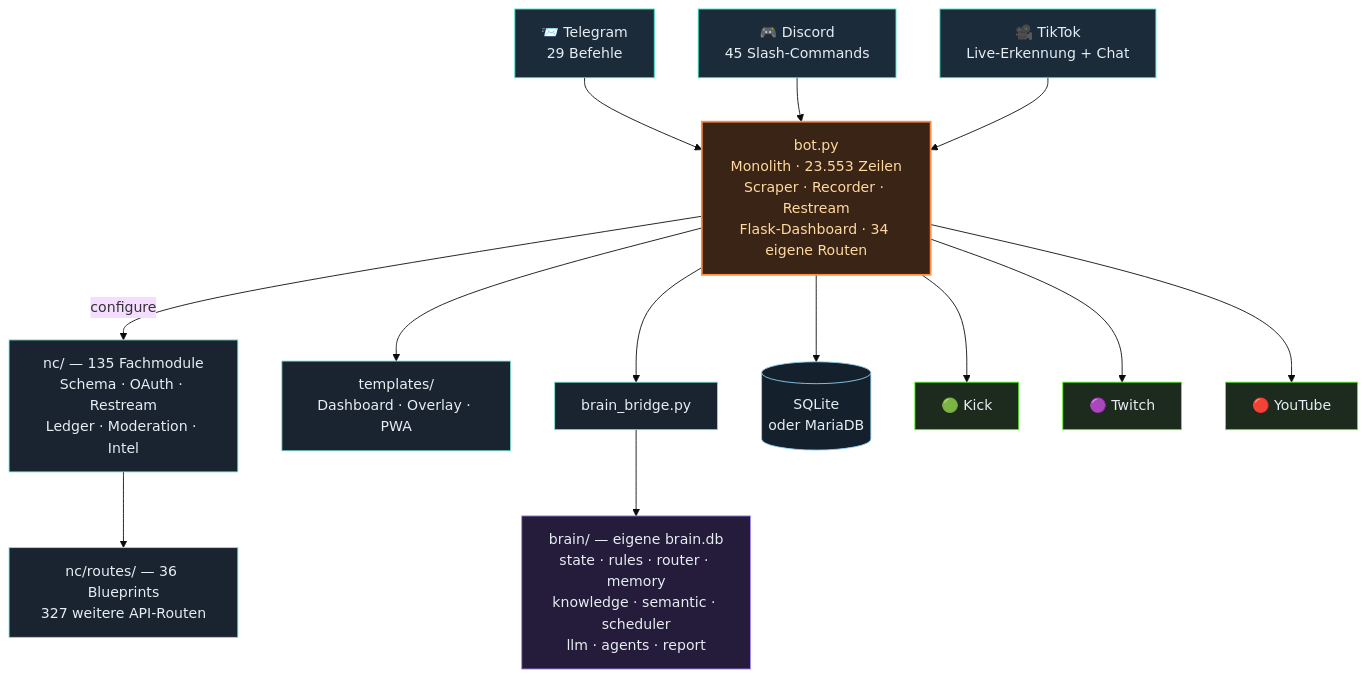
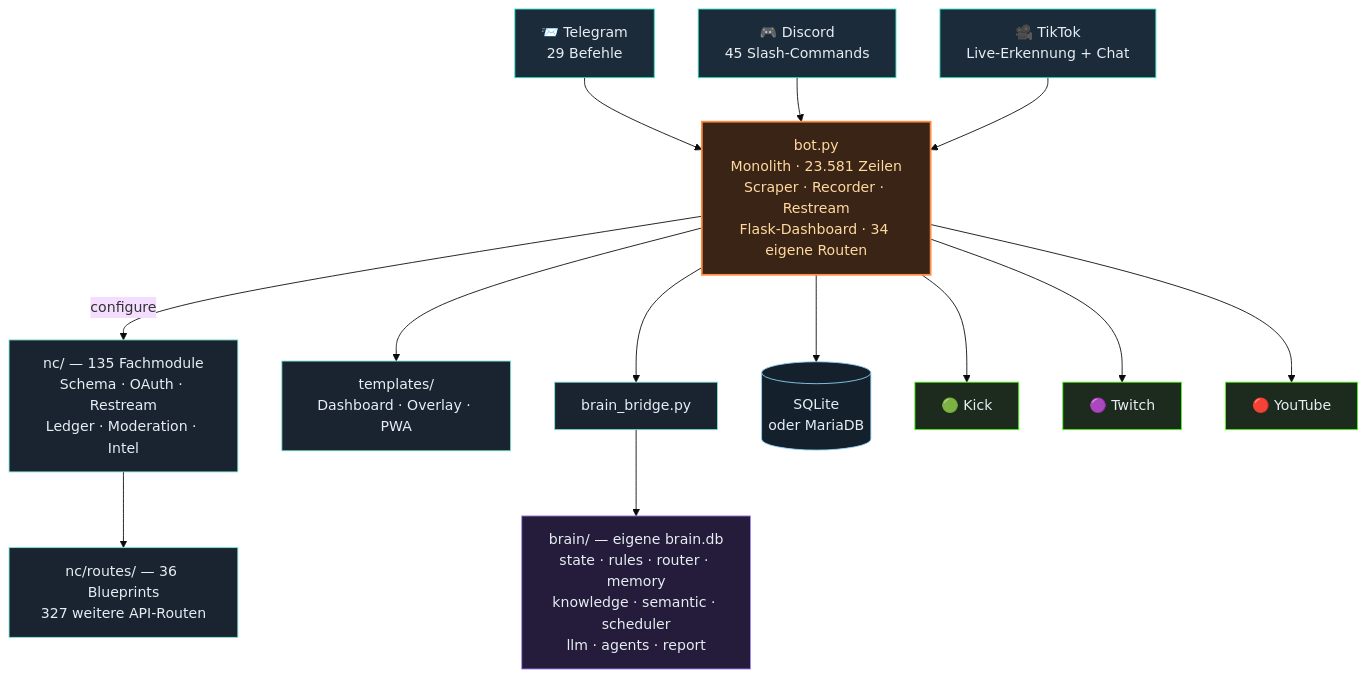
One commit to itsamemedev/Telegram-Stream-Info-Bot changed the third of 4 diagrams in README.md. Above: the diagram before and after it, drawn with Mermaid (base theme). The commit also changed other lines of this file and 8 other files, not shown here.

````diff
--- a/README.md
+++ b/README.md
@@ -189,30 +189,30 @@
 ```mermaid
 flowchart TB
     TG["📨 Telegram<br/>29 Befehle"]:::ein
     DC["🎮 Discord<br/>45 Slash-Commands"]:::ein
     TT["🎥 TikTok<br/>Live-Erkennung + Chat"]:::ein
 
     TG --> BOT
     DC --> BOT
     TT --> BOT
 
-    BOT["bot.py<br/>Monolith · 23.553 Zeilen<br/>Scraper · Recorder · Restream<br/>Flask-Dashboard · 34 eigene Routen"]:::core
+    BOT["bot.py<br/>Monolith · 23.581 Zeilen<br/>Scraper · Recorder · Restream<br/>Flask-Dashboard · 34 eigene Routen"]:::core
 
     BOT -->|configure| NC["nc/ — 135 Fachmodule<br/>Schema · OAuth · Restream<br/>Ledger · Moderation · Intel"]:::lib
     NC --> RT["nc/routes/ — 36 Blueprints<br/>327 weitere API-Routen"]:::lib
     BOT --> TPL["templates/<br/>Dashboard · Overlay · PWA"]:::lib
     BOT --> BR["brain_bridge.py"]:::lib
     BR --> BRAIN["brain/ — eigene brain.db<br/>state · rules · router · memory<br/>knowledge · semantic · scheduler<br/>llm · agents · report"]:::brain
     BOT --> DB[("SQLite<br/>oder MariaDB")]:::db
 
     BOT --> KICK["🟢 Kick"]:::out
     BOT --> TW["🟣 Twitch"]:::out
     BOT --> YT["🔴 YouTube"]:::out
 
     classDef ein fill:#1c2b3a,stroke:#2de1c2,color:#e6edf3
     classDef core fill:#3a2415,stroke:#ff8c42,stroke-width:2px,color:#ffd9a0
     classDef lib fill:#1a2430,stroke:#7fe7d4,color:#e6edf3
     classDef brain fill:#241c3a,stroke:#a78bfa,color:#e6edf3
     classDef db fill:#14202c,stroke:#8fd3f4,color:#e6edf3
     classDef out fill:#1c2b1e,stroke:#53fc18,color:#e6edf3
 ```
````
